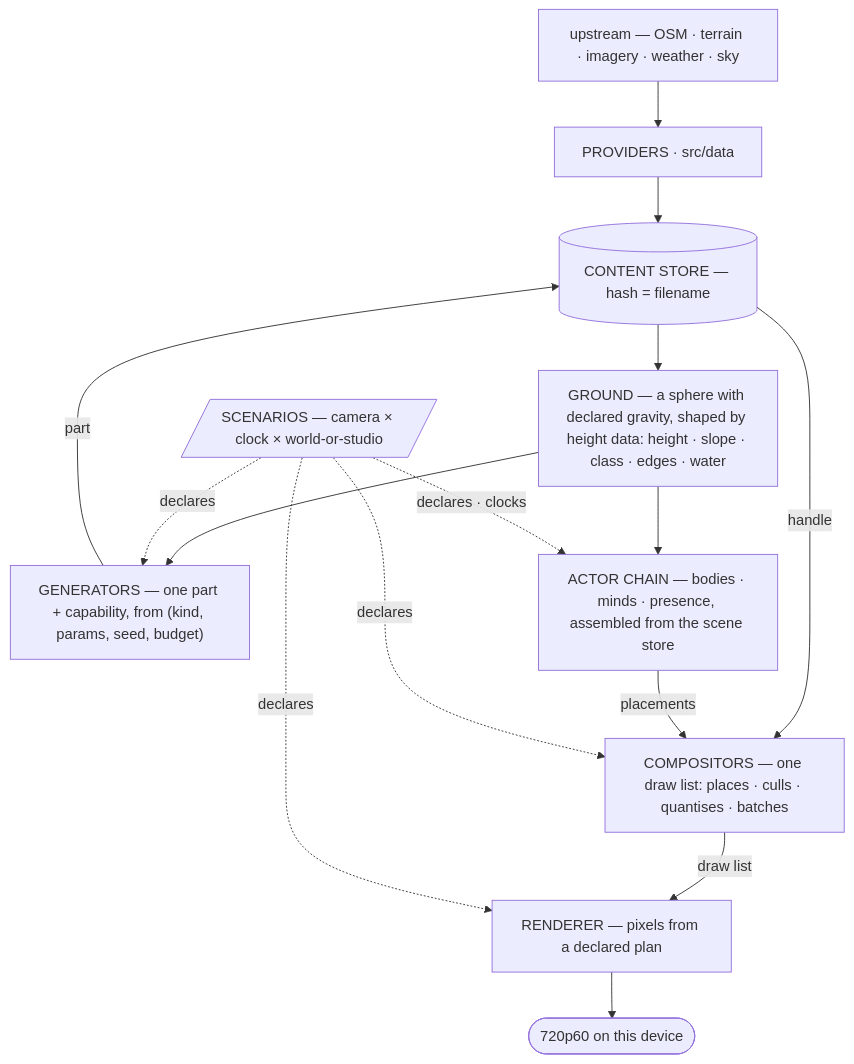
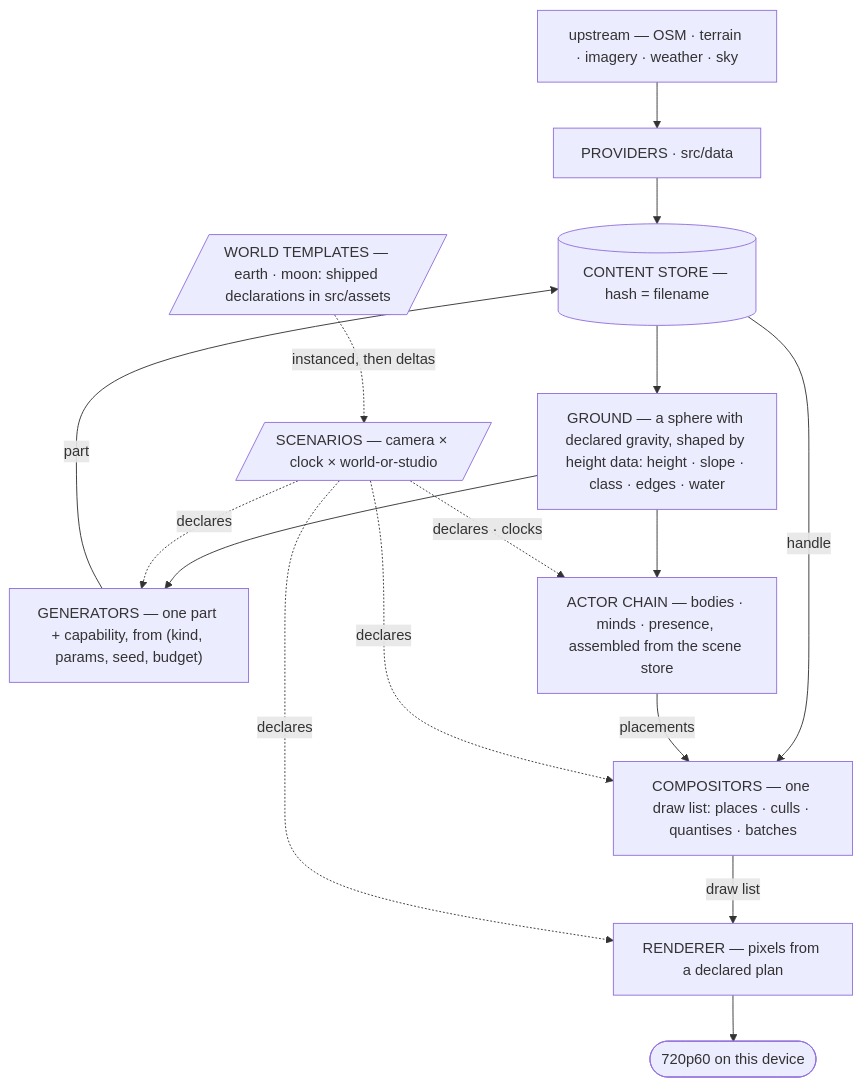
The first of 11 diagrams in CLAUDE.md (Weichwolf/outshine), drawn with Mermaid before and after one commit. The commit also changed other lines of this file, not shown here.

Commit message:
CLAUDE.md: the no-planet TARGET stands sharp -- templates in the diagram, the planet ban in the layer table, the instancing contract in six lines, and CURRENT's departure named

````diff
--- a/CLAUDE.md
+++ b/CLAUDE.md
@@ -23,20 +23,21 @@
 ```mermaid
 flowchart TD
   upstream["upstream — OSM · terrain · imagery · weather · sky"]
   providers["PROVIDERS · src/data"]
   store[("CONTENT STORE — hash = filename")]
   field["GROUND — a sphere with declared gravity, shaped by height data: height · slope · class · edges · water"]
   gen["GENERATORS — one part + capability, from (kind, params, seed, budget)"]
   comp["COMPOSITORS — one draw list: places · culls · quantises · batches"]
   rend["RENDERER — pixels from a declared plan"]
   frame(["720p60 on this device"])
   scen[/"SCENARIOS — camera × clock × world-or-studio"/]
 
   actors["ACTOR CHAIN — bodies · minds · presence, assembled from the scene store"]
 
   upstream --> providers --> store --> field --> gen
   gen -->|part| store -->|handle| comp -->|draw list| rend --> frame
   field --> actors -->|placements| comp
   scen -.->|declares| gen & comp & rend
   scen -.->|declares · clocks| actors
+  tmpl[/"WORLD TEMPLATES — earth · moon: shipped declarations in src/assets"/] -.->|instanced, then deltas| scen
 ```
````
